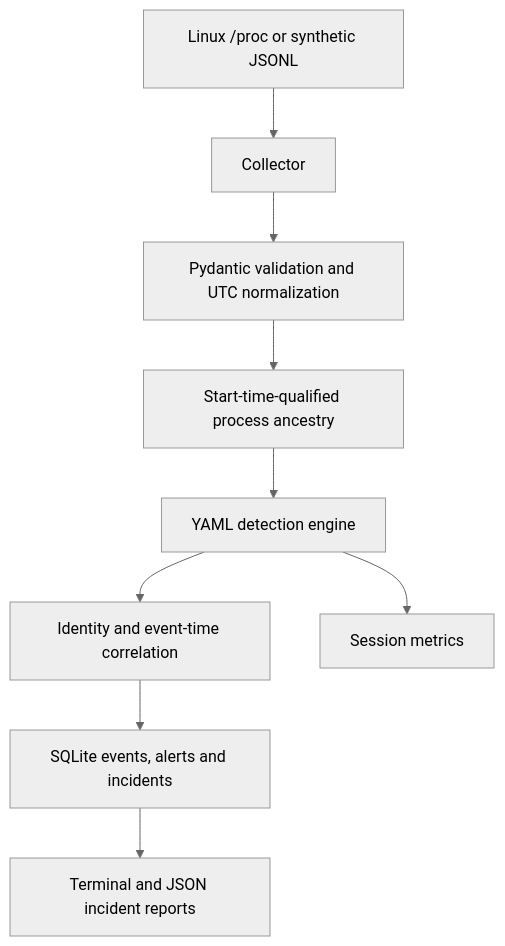
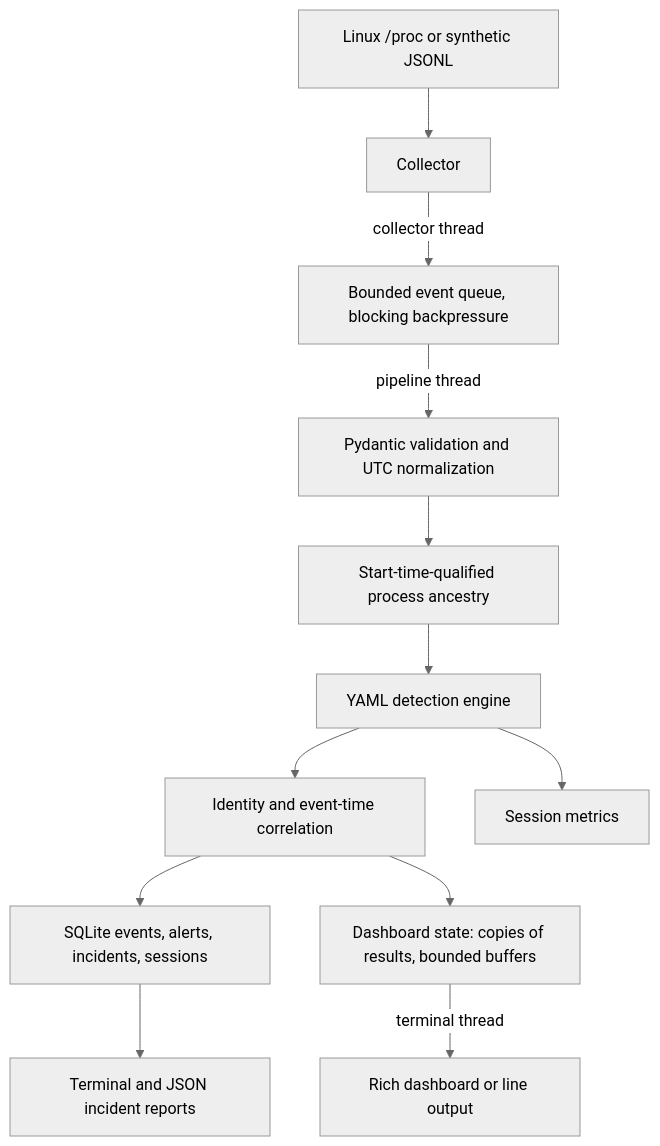
The diagram in README.md (Utkarsh-sharma47/linux-runtime-threat-engine), drawn with Mermaid (neutral theme) before and after one commit. The commit also changed other lines of this file and 3 other files, not shown here.

Commit message:
Document live terminal monitoring, architecture and limitations

````diff
--- a/README.md
+++ b/README.md
@@ -37,11 +40,14 @@
 ```mermaid
 flowchart TD
   Sources[Linux /proc or synthetic JSONL] --> Collector
-  Collector --> Normalizer[Pydantic validation and UTC normalization]
+  Collector -->|collector thread| Queue[Bounded event queue, blocking backpressure]
+  Queue -->|pipeline thread| Normalizer[Pydantic validation and UTC normalization]
   Normalizer --> Ancestry[Start-time-qualified process ancestry]
   Ancestry --> Rules[YAML detection engine]
   Rules --> Correlation[Identity and event-time correlation]
-  Correlation --> SQLite[SQLite events, alerts and incidents]
+  Correlation --> SQLite[SQLite events, alerts, incidents, sessions]
+  Correlation --> State[Dashboard state: copies of results, bounded buffers]
   SQLite --> Reports[Terminal and JSON incident reports]
+  State -->|terminal thread| Renderer[Rich dashboard or line output]
   Rules --> Metrics[Session metrics]
 ```
````
